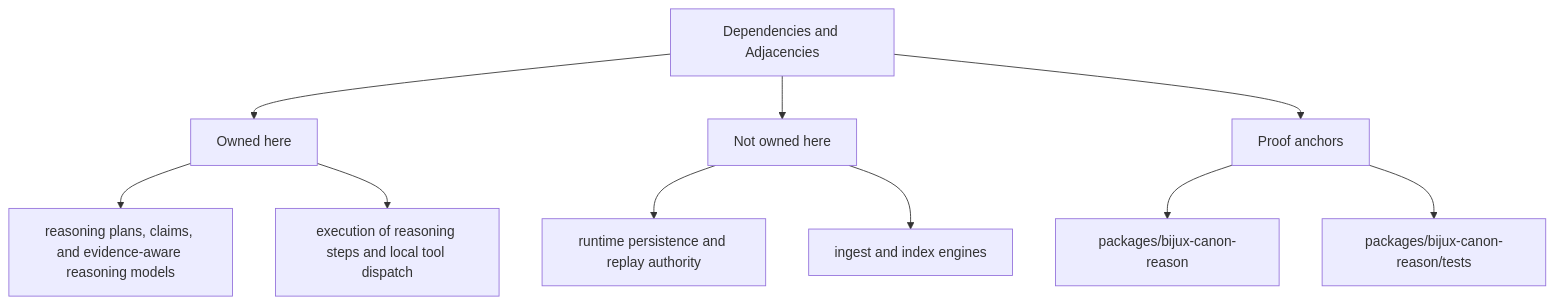
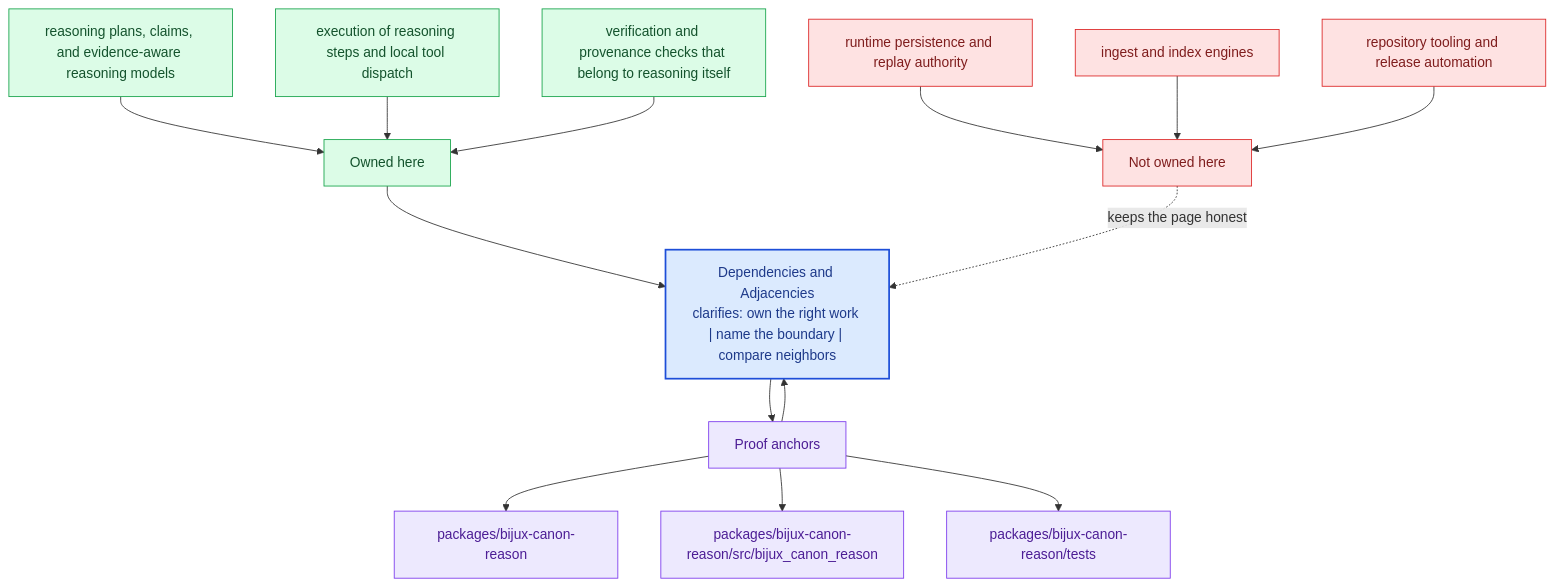
Before and after one commit to bijux/bijux-canon: the second of 2 diagrams in docs/bijux-canon-reason/foundation/dependencies-and-adjacencies.md, drawn with Mermaid. The commit also changed other lines of this file and 281 other files, not shown here.

Commit message:
docs(diagrams): deepen handbook mermaid maps across the catalog

````diff
--- a/docs/bijux-canon-reason/foundation/dependencies-and-adjacencies.md
+++ b/docs/bijux-canon-reason/foundation/dependencies-and-adjacencies.md
@@ -36,22 +69,40 @@
 ```mermaid
-flowchart TD
-    page["Dependencies and Adjacencies"]
+flowchart TB
+    promise["Dependencies and Adjacencies<br/>clarifies: own the right work | name the boundary | compare neighbors"]
+    classDef promise fill:#dbeafe,stroke:#1d4ed8,color:#1e3a8a,stroke-width:2px;
+    classDef driver fill:#dcfce7,stroke:#16a34a,color:#14532d;
+    classDef constraint fill:#fee2e2,stroke:#dc2626,color:#7f1d1d;
+    classDef ground fill:#ede9fe,stroke:#7c3aed,color:#4c1d95;
     focus1["Owned here"]
-    page --> focus1
+    focus1 --> promise
     focus1_1["reasoning plans, claims, and evidence-aware reasoning models"]
-    focus1 --> focus1_1
+    focus1_1 --> focus1
     focus1_2["execution of reasoning steps and local tool dispatch"]
-    focus1 --> focus1_2
+    focus1_2 --> focus1
+    focus1_3["verification and provenance checks that belong to reasoning itself"]
+    focus1_3 --> focus1
+    class focus1 driver;
+    class focus1_1,focus1_2,focus1_3 driver;
     focus2["Not owned here"]
-    page --> focus2
+    focus2 -.keeps the page honest.-> promise
     focus2_1["runtime persistence and replay authority"]
-    focus2 --> focus2_1
+    focus2_1 --> focus2
     focus2_2["ingest and index engines"]
-    focus2 --> focus2_2
+    focus2_2 --> focus2
+    focus2_3["repository tooling and release automation"]
+    focus2_3 --> focus2
+    class focus2 constraint;
+    class focus2_1,focus2_2,focus2_3 constraint;
     focus3["Proof anchors"]
-    page --> focus3
+    focus3 --> promise
+    promise --> focus3
     focus3_1["packages/bijux-canon-reason"]
     focus3 --> focus3_1
-    focus3_2["packages/bijux-canon-reason/tests"]
+    focus3_2["packages/bijux-canon-reason/src/bijux_canon_reason"]
     focus3 --> focus3_2
+    focus3_3["packages/bijux-canon-reason/tests"]
+    focus3 --> focus3_3
+    class focus3 ground;
+    class focus3_1,focus3_2,focus3_3 ground;
+    class promise promise;
 ```
````
